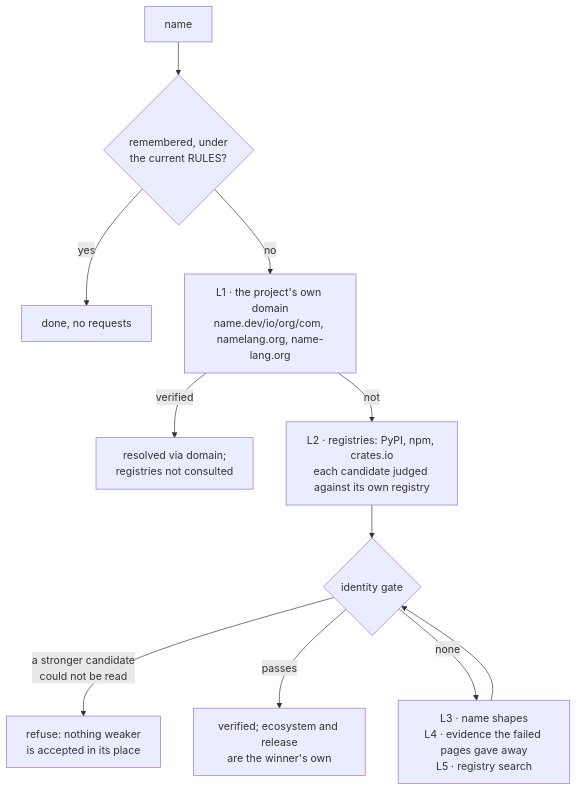
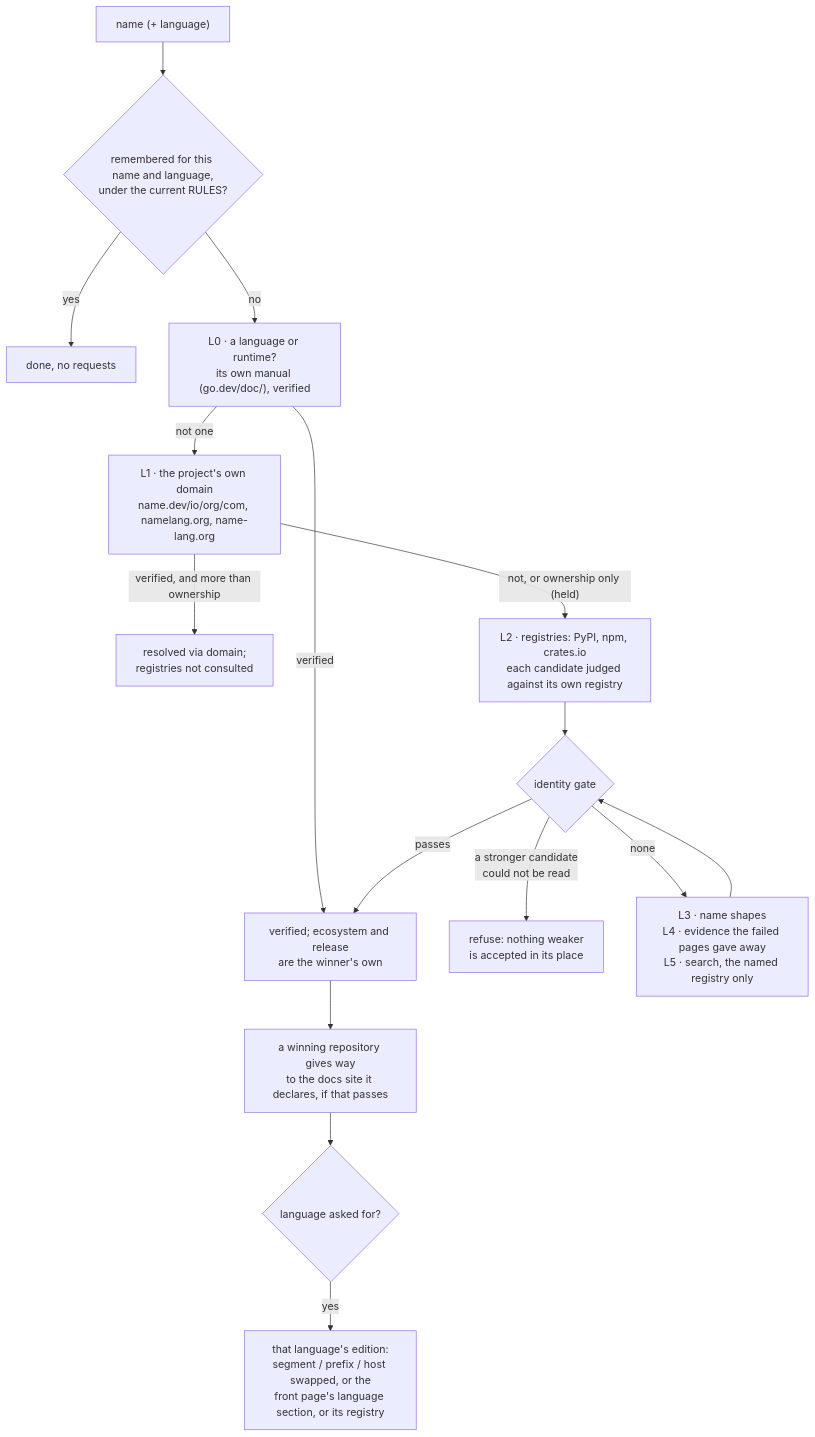
The sixth of 8 diagrams in System Files/Architecture.md (R204570/DocsForge), drawn with Mermaid before and after one commit. The commit also changed other lines of this file and 5 other files, not shown here.

````diff
--- a/System Files/Architecture.md
+++ b/System Files/Architecture.md
@@ -294,13 +368,18 @@
 ```mermaid
 flowchart TD
-  N["name"] --> MEM{"remembered, under<br/>the current RULES?"}
+  N["name (+ language)"] --> MEM{"remembered for this name and language,<br/>under the current RULES?"}
   MEM -->|yes| DONE["done, no requests"]
-  MEM -->|no| L1["L1 · the project's own domain<br/>name.dev/io/org/com, namelang.org, name-lang.org"]
-  L1 -->|verified| DONE2["resolved via domain;<br/>registries not consulted"]
-  L1 -->|not| L2["L2 · registries: PyPI, npm, crates.io<br/>each candidate judged against its own registry"]
+  MEM -->|no| L0["L0 · a language or runtime?<br/>its own manual (go.dev/doc/), verified"]
+  L0 -->|verified| OK
+  L0 -->|not one| L1["L1 · the project's own domain<br/>name.dev/io/org/com, namelang.org, name-lang.org"]
+  L1 -->|"verified, and more than ownership"| DONE2["resolved via domain;<br/>registries not consulted"]
+  L1 -->|"not, or ownership only (held)"| L2["L2 · registries: PyPI, npm, crates.io<br/>each candidate judged against its own registry"]
   L2 --> GATE{"identity gate"}
   GATE -->|"a stronger candidate<br/>could not be read"| BLOCK["refuse: nothing weaker<br/>is accepted in its place"]
   GATE -->|passes| OK["verified; ecosystem and release<br/>are the winner's own"]
-  GATE -->|"none"| L3["L3 · name shapes<br/>L4 · evidence the failed pages gave away<br/>L5 · registry search"]
+  GATE -->|"none"| L3["L3 · name shapes<br/>L4 · evidence the failed pages gave away<br/>L5 · search, the named registry only"]
   L3 --> GATE
+  OK --> REPO["a winning repository gives way<br/>to the docs site it declares, if that passes"]
+  REPO --> ED{"language asked for?"}
+  ED -->|yes| EDN["that language's edition:<br/>segment / prefix / host swapped, or the<br/>front page's language section, or its registry"]
 ```
````
